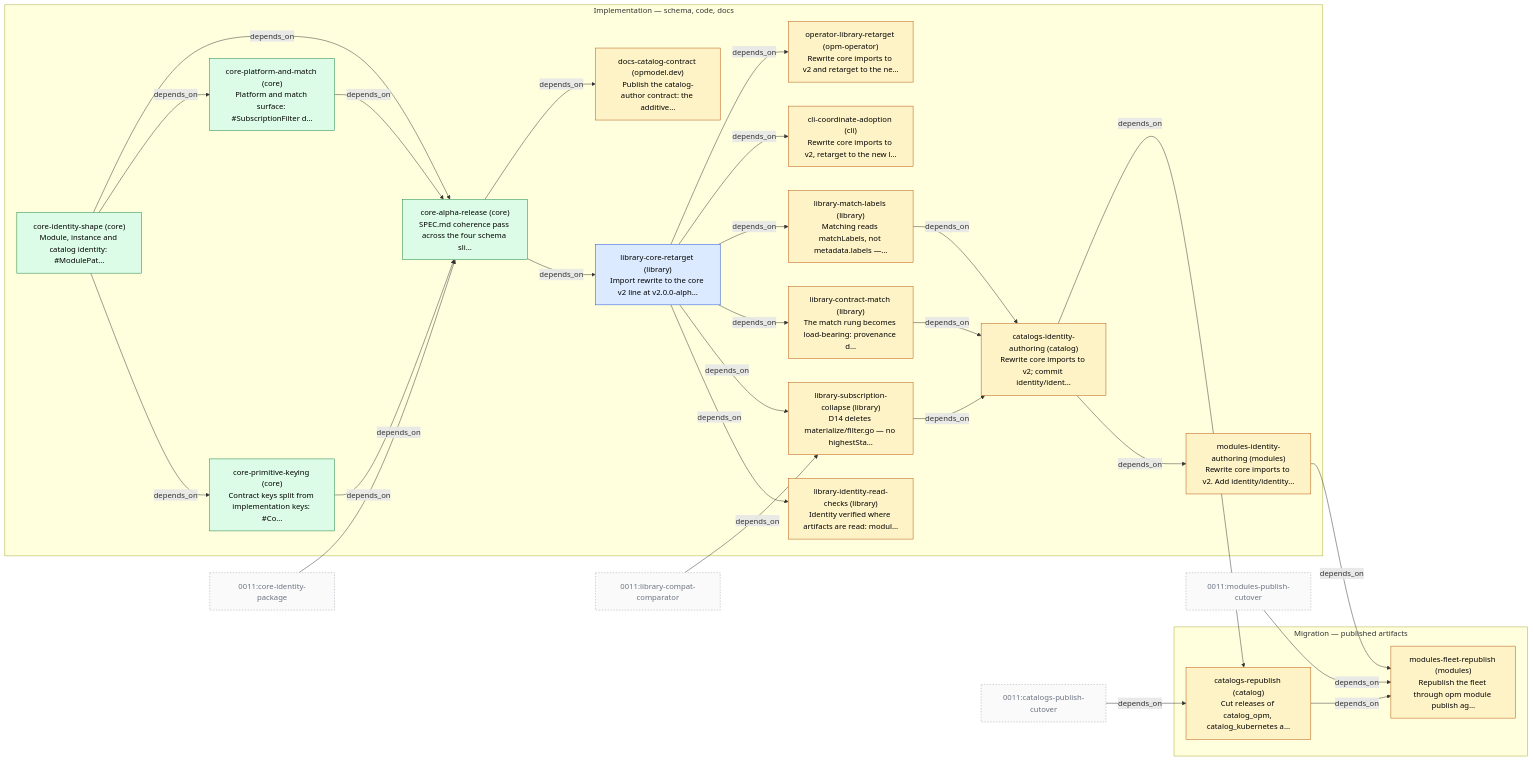
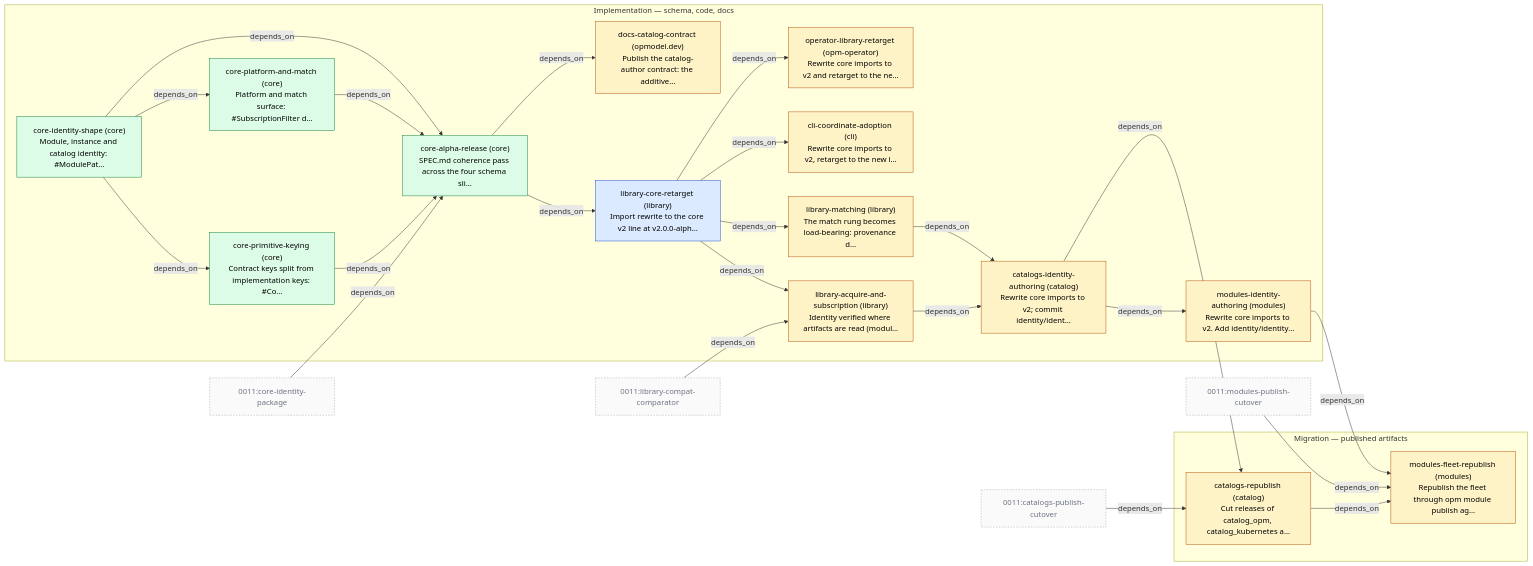
Before and after one commit to open-platform-model/enhancements: the diagram in 0010/PLAN.md, drawn with Mermaid. The commit also changed other lines of this file and 10 other files, not shown here.

````diff
--- a/0010/PLAN.md
+++ b/0010/PLAN.md
@@ -5,58 +5,53 @@
 ```mermaid
 graph LR
   classDef planned     fill:#fef3c7,stroke:#b45309,color:#000
   classDef in_progress fill:#dbeafe,stroke:#1d4ed8,color:#000
   classDef done        fill:#dcfce7,stroke:#15803d,color:#000
   classDef cancelled   fill:#e5e7eb,stroke:#6b7280,color:#6b7280
   classDef other       fill:#fafafa,stroke:#9ca3af,color:#6b7280,stroke-dasharray:3 3
 
   subgraph PHASE_IMPL["Implementation — schema, code, docs"]
     S_core-identity-shape["core-identity-shape (core)\nModule, instance and catalog identity: #ModulePat…"]:::done
     S_core-primitive-keying["core-primitive-keying (core)\nContract keys split from implementation keys: #Co…"]:::done
     S_core-platform-and-match["core-platform-and-match (core)\nPlatform and match surface: #SubscriptionFilter d…"]:::done
     S_core-alpha-release["core-alpha-release (core)\nSPEC.md coherence pass across the four schema sli…"]:::done
     S_library-core-retarget["library-core-retarget (library)\nImport rewrite to the core v2 line at v2.0.0-alph…"]:::in_progress
-    S_library-identity-read-checks["library-identity-read-checks (library)\nIdentity verified where artifacts are read: modul…"]:::planned
-    S_library-subscription-collapse["library-subscription-collapse (library)\nD14 deletes materialize/filter.go — no highestSta…"]:::planned
-    S_library-contract-match["library-contract-match (library)\nThe match rung becomes load-bearing: provenance d…"]:::planned
-    S_library-match-labels["library-match-labels (library)\nMatching reads matchLabels, not metadata.labels —…"]:::planned
+    S_library-acquire-and-subscription["library-acquire-and-subscription (library)\nIdentity verified where artifacts are read (modul…"]:::planned
+    S_library-matching["library-matching (library)\nThe match rung becomes load-bearing: provenance d…"]:::planned
     S_docs-catalog-contract["docs-catalog-contract (opmodel.dev)\nPublish the catalog-author contract: the additive…"]:::planned
     S_cli-coordinate-adoption["cli-coordinate-adoption (cli)\nRewrite core imports to v2, retarget to the new l…"]:::planned
     S_operator-library-retarget["operator-library-retarget (opm-operator)\nRewrite core imports to v2 and retarget to the ne…"]:::planned
     S_catalogs-identity-authoring["catalogs-identity-authoring (catalog)\nRewrite core imports to v2; commit identity/ident…"]:::planned
     S_modules-identity-authoring["modules-identity-authoring (modules)\nRewrite core imports to v2. Add identity/identity…"]:::planned
   end
   subgraph PHASE_MIGR["Migration — published artifacts"]
     S_catalogs-republish["catalogs-republish (catalog)\nCut releases of catalog_opm, catalog_kubernetes a…"]:::planned
     S_modules-fleet-republish["modules-fleet-republish (modules)\nRepublish the fleet through opm module publish ag…"]:::planned
   end
 
   S_core-identity-shape -->|depends_on| S_core-primitive-keying
   S_core-identity-shape -->|depends_on| S_core-platform-and-match
   S_core-identity-shape -->|depends_on| S_core-alpha-release
   S_core-primitive-keying -->|depends_on| S_core-alpha-release
   S_core-platform-and-match -->|depends_on| S_core-alpha-release
   X_0011_core-identity-package["0011:core-identity-package"]:::other
   X_0011_core-identity-package -->|depends_on| S_core-alpha-release
   S_core-alpha-release -->|depends_on| S_library-core-retarget
-  S_library-core-retarget -->|depends_on| S_library-identity-read-checks
-  S_library-core-retarget -->|depends_on| S_library-subscription-collapse
+  S_library-core-retarget -->|depends_on| S_library-acquire-and-subscription
   X_0011_library-compat-comparator["0011:library-compat-comparator"]:::other
-  X_0011_library-compat-comparator -->|depends_on| S_library-subscription-collapse
-  S_library-core-retarget -->|depends_on| S_library-contract-match
-  S_library-core-retarget -->|depends_on| S_library-match-labels
+  X_0011_library-compat-comparator -->|depends_on| S_library-acquire-and-subscription
+  S_library-core-retarget -->|depends_on| S_library-matching
   S_core-alpha-release -->|depends_on| S_docs-catalog-contract
   S_library-core-retarget -->|depends_on| S_cli-coordinate-adoption
   S_library-core-retarget -->|depends_on| S_operator-library-retarget
-  S_library-subscription-collapse -->|depends_on| S_catalogs-identity-authoring
-  S_library-contract-match -->|depends_on| S_catalogs-identity-authoring
-  S_library-match-labels -->|depends_on| S_catalogs-identity-authoring
+  S_library-acquire-and-subscription -->|depends_on| S_catalogs-identity-authoring
+  S_library-matching -->|depends_on| S_catalogs-identity-authoring
   S_catalogs-identity-authoring -->|depends_on| S_modules-identity-authoring
   S_catalogs-identity-authoring -->|depends_on| S_catalogs-republish
   X_0011_catalogs-publish-cutover["0011:catalogs-publish-cutover"]:::other
   X_0011_catalogs-publish-cutover -->|depends_on| S_catalogs-republish
   S_catalogs-republish -->|depends_on| S_modules-fleet-republish
   S_modules-identity-authoring -->|depends_on| S_modules-fleet-republish
   X_0011_modules-publish-cutover["0011:modules-publish-cutover"]:::other
   X_0011_modules-publish-cutover -->|depends_on| S_modules-fleet-republish
 ```
````
